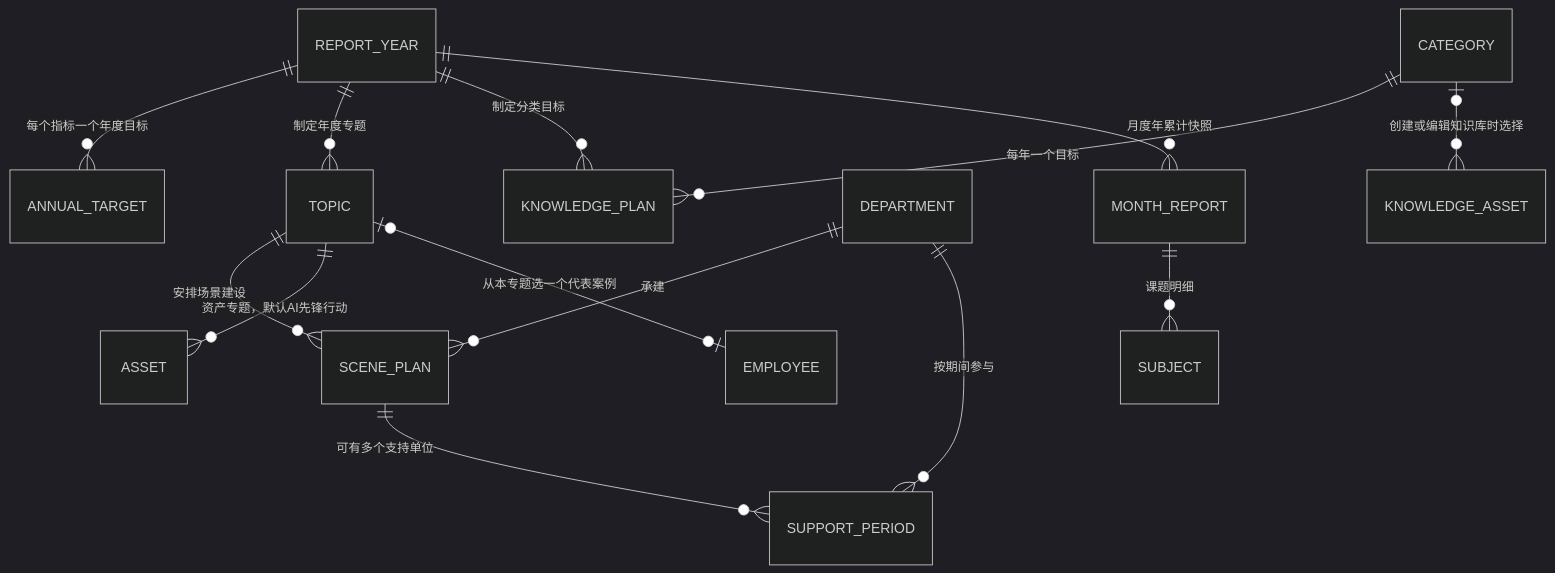
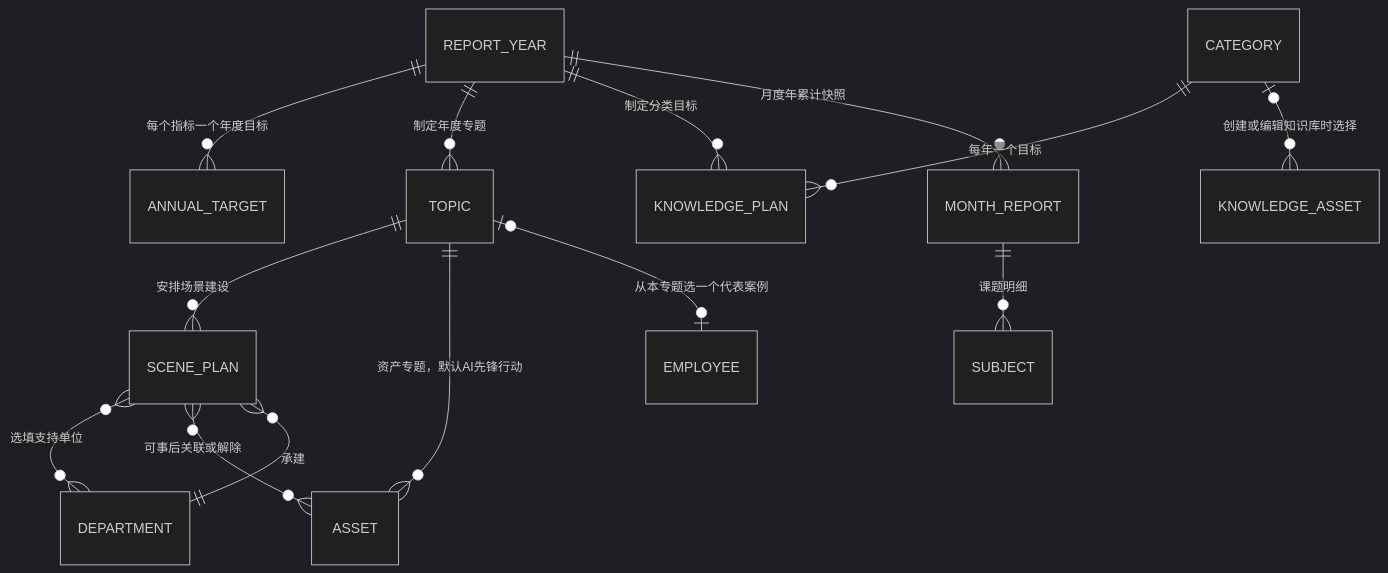
Before and after one commit to wachoo/bisheng: the diagram in features/v3.0.2/122-company-boards/registers-plan.md, drawn with Mermaid (dark theme). The commit also changed other lines of this file and 6 other files, not shown here.

````diff
--- a/features/v3.0.2/122-company-boards/registers-plan.md
+++ b/features/v3.0.2/122-company-boards/registers-plan.md
@@ -13,16 +13,16 @@
 ```mermaid
 erDiagram
     REPORT_YEAR ||--o{ ANNUAL_TARGET : "每个指标一个年度目标"
     REPORT_YEAR ||--o{ TOPIC : "制定年度专题"
     TOPIC ||--o{ SCENE_PLAN : "安排场景建设"
     REPORT_YEAR ||--o{ KNOWLEDGE_PLAN : "制定分类目标"
     CATEGORY ||--o{ KNOWLEDGE_PLAN : "每年一个目标"
     DEPARTMENT ||--o{ SCENE_PLAN : "承建"
-    SCENE_PLAN ||--o{ SUPPORT_PERIOD : "可有多个支持单位"
-    DEPARTMENT ||--o{ SUPPORT_PERIOD : "按期间参与"
+    SCENE_PLAN }o--o{ DEPARTMENT : "选填支持单位"
+    SCENE_PLAN }o--o{ ASSET : "可事后关联或解除"
     CATEGORY o|--o{ KNOWLEDGE_ASSET : "创建或编辑知识库时选择"
     TOPIC ||--o{ ASSET : "资产专题，默认AI先锋行动"
     TOPIC o|--o| EMPLOYEE : "从本专题选一个代表案例"
     REPORT_YEAR ||--o{ MONTH_REPORT : "月度年累计快照"
     MONTH_REPORT ||--o{ SUBJECT : "课题明细"
 ```
````
